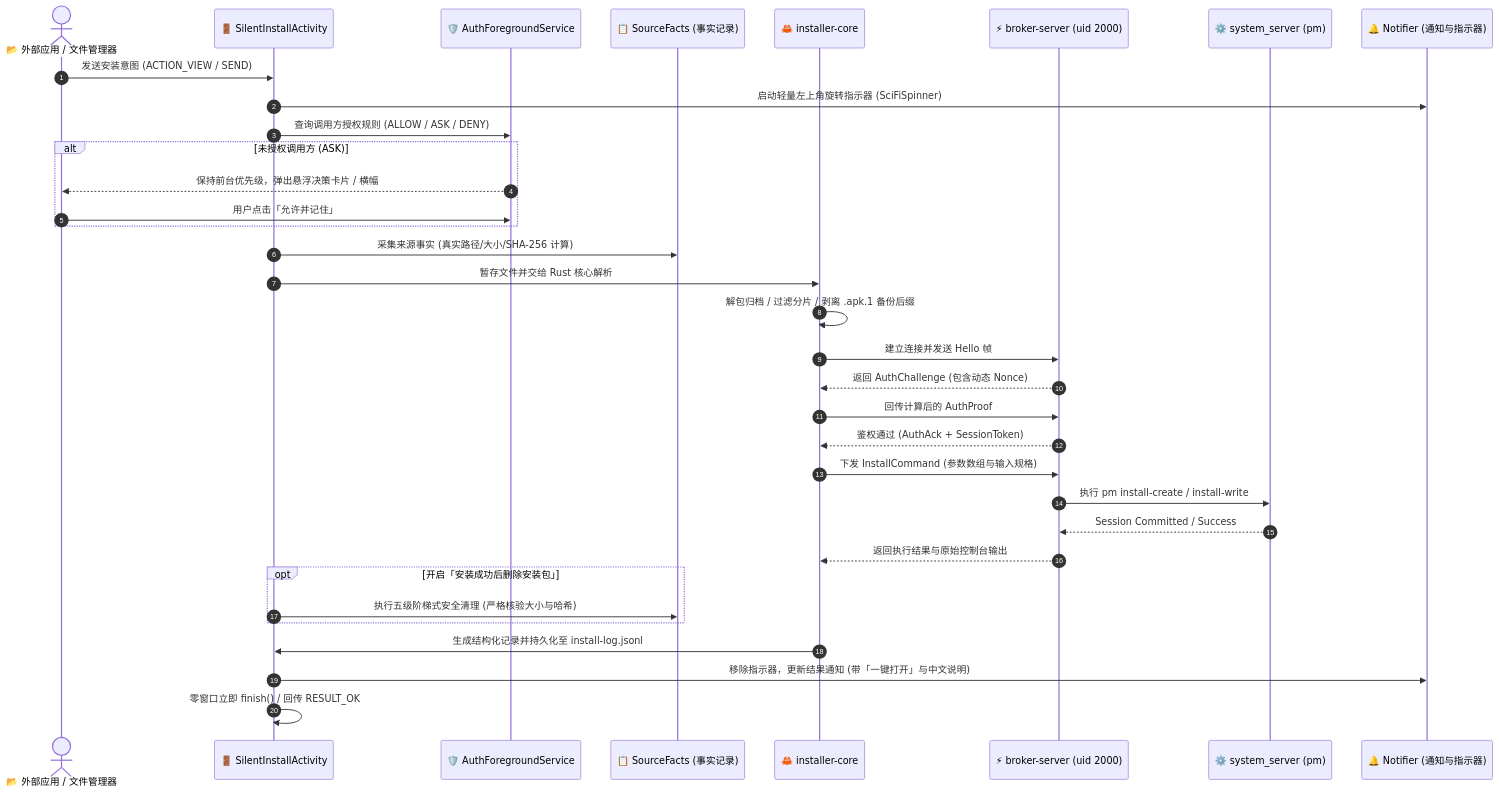
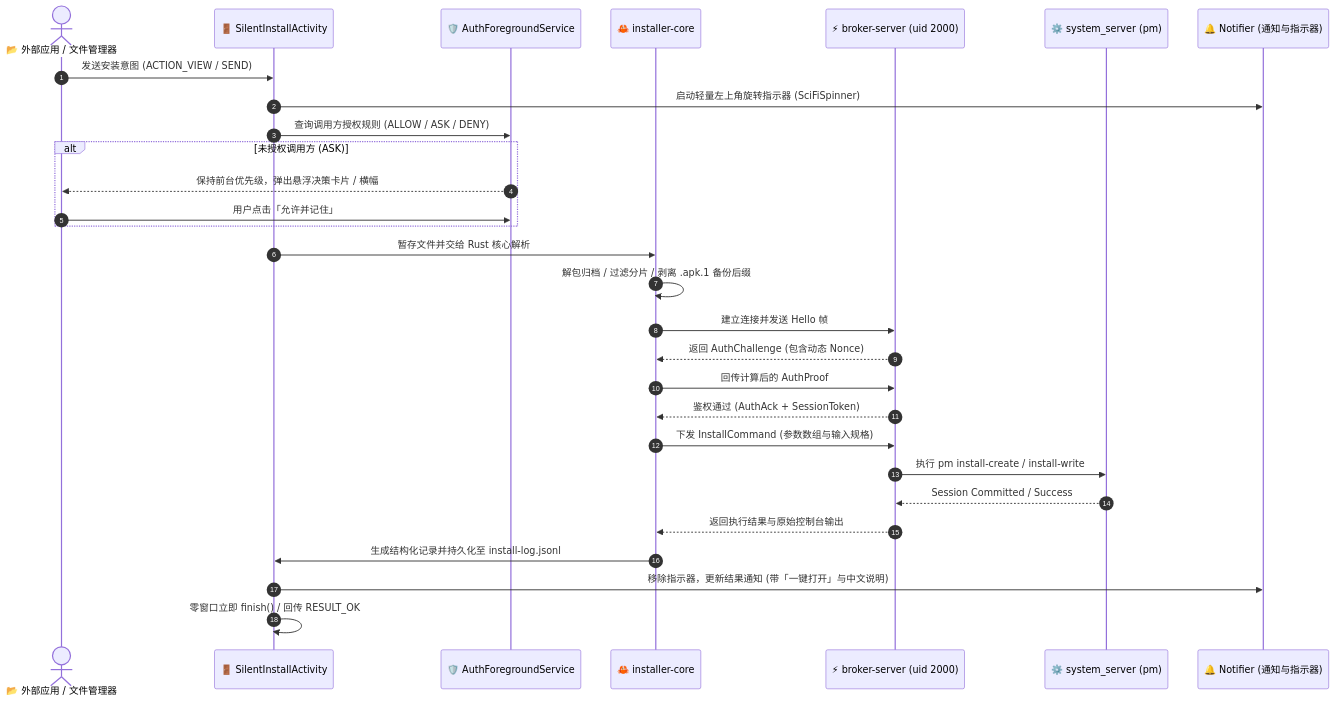
The third of 3 diagrams in README.md (LianXia233/android-privilege-broker), drawn with Mermaid before and after one commit. The commit also changed other lines of this file and 90 other files, not shown here.

````diff
--- a/README.md
+++ b/README.md
@@ -303,42 +233,36 @@
 ```mermaid
 sequenceDiagram
     autonumber
     actor Caller as 📂 外部应用 / 文件管理器
     participant Entry as 🚪 SilentInstallActivity
     participant Auth as 🛡️ AuthForegroundService
-    participant Facts as 📋 SourceFacts (事实记录)
     participant Rust as 🦀 installer-core
     participant Broker as ⚡ broker-server (uid 2000)
     participant PM as ⚙️ system_server (pm)
     participant UI as 🔔 Notifier (通知与指示器)
 
     Caller->>Entry: 发送安装意图 (ACTION_VIEW / SEND)
     Entry->>UI: 启动轻量左上角旋转指示器 (SciFiSpinner)
     Entry->>Auth: 查询调用方授权规则 (ALLOW / ASK / DENY)
     
     alt 未授权调用方 (ASK)
         Auth-->>Caller: 保持前台优先级，弹出悬浮决策卡片 / 横幅
         Caller->>Auth: 用户点击「允许并记住」
     end
 
-    Entry->>Facts: 采集来源事实 (真实路径/大小/SHA-256 计算)
     Entry->>Rust: 暂存文件并交给 Rust 核心解析
     Rust->>Rust: 解包归档 / 过滤分片 / 剥离 .apk.1 备份后缀
     Rust->>Broker: 建立连接并发送 Hello 帧
     Broker-->>Rust: 返回 AuthChallenge (包含动态 Nonce)
     Rust->>Broker: 回传计算后的 AuthProof
     Broker-->>Rust: 鉴权通过 (AuthAck + SessionToken)
     
     Rust->>Broker: 下发 InstallCommand (参数数组与输入规格)
     Broker->>PM: 执行 pm install-create / install-write
     PM-->>Broker: Session Committed / Success
     Broker-->>Rust: 返回执行结果与原始控制台输出
     
-    opt 开启「安装成功后删除安装包」
-        Entry->>Facts: 执行五级阶梯式安全清理 (严格核验大小与哈希)
-    end
-
     Rust->>Entry: 生成结构化记录并持久化至 install-log.jsonl
     Entry->>UI: 移除指示器，更新结果通知 (带「一键打开」与中文说明)
     Entry->>Entry: 零窗口立即 finish() / 回传 RESULT_OK
 ```
````
